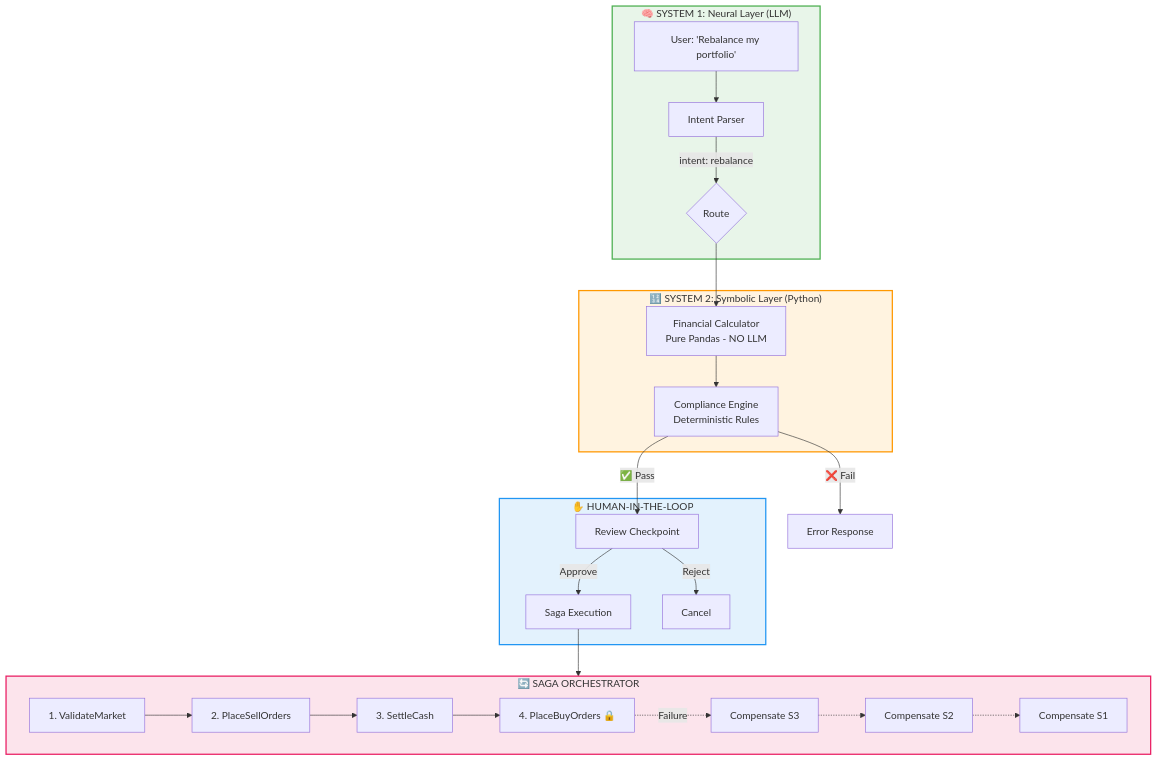
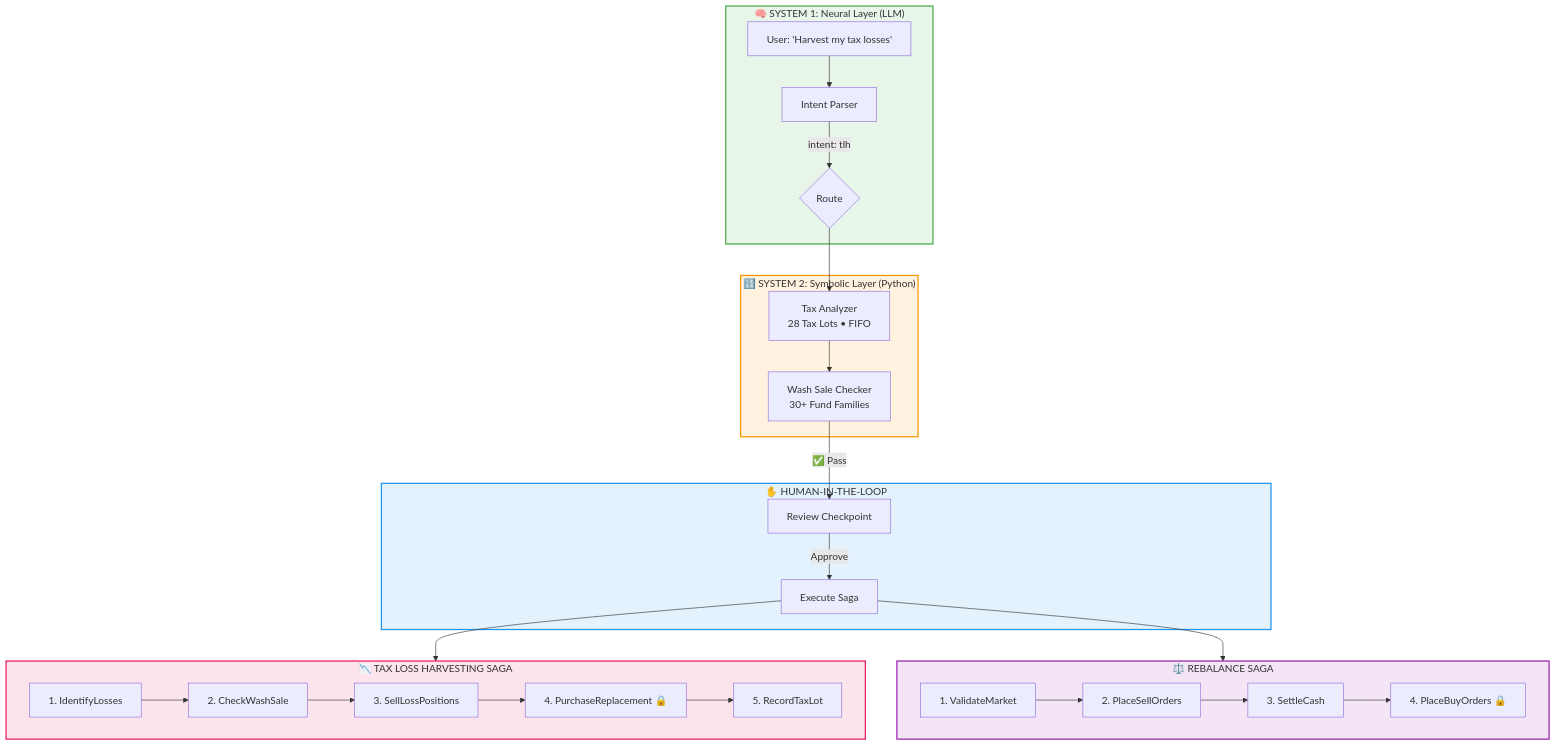
The diagram in README.md (hiteshdundi01/CyborgAdvisor), drawn with Mermaid before and after one commit. The commit also changed other lines of this file and 27 other files, not shown here.

````diff
--- a/README.md
+++ b/README.md
@@ -90,42 +96,47 @@
 ```mermaid
 flowchart TB
     subgraph Neural["🧠 SYSTEM 1: Neural Layer (LLM)"]
-        A[User: 'Rebalance my portfolio'] --> B[Intent Parser]
-        B --> |"intent: rebalance"| C{Route}
+        A["User: 'Harvest my tax losses'"] --> B[Intent Parser]
+        B --> |"intent: tlh"| C{Route}
     end
     
     subgraph Symbolic["🔢 SYSTEM 2: Symbolic Layer (Python)"]
-        D[Financial Calculator<br/>Pure Pandas - NO LLM]
-        E[Compliance Engine<br/>Deterministic Rules]
+        D["Tax Analyzer<br/>28 Tax Lots • FIFO"]
+        E["Wash Sale Checker<br/>30+ Fund Families"]
         D --> E
     end
     
-    subgraph Saga["🔄 SAGA ORCHESTRATOR"]
-        S1[1. ValidateMarket]
-        S2[2. PlaceSellOrders]
-        S3[3. SettleCash]
-        S4[4. PlaceBuyOrders 🔒]
+    subgraph TLHSaga["📉 TAX LOSS HARVESTING SAGA"]
+        T1["1. IdentifyLosses"]
+        T2["2. CheckWashSale"]
+        T3["3. SellLossPositions"]
+        T4["4. PurchaseReplacement 🔒"]
+        T5["5. RecordTaxLot"]
+        T1 --> T2 --> T3 --> T4 --> T5
+    end
+    
+    subgraph RebalanceSaga["⚖️ REBALANCE SAGA"]
+        S1["1. ValidateMarket"]
+        S2["2. PlaceSellOrders"]
+        S3["3. SettleCash"]
+        S4["4. PlaceBuyOrders 🔒"]
         S1 --> S2 --> S3 --> S4
-        S4 -.->|"Failure"| R3[Compensate S3]
-        R3 -.-> R2[Compensate S2]
-        R2 -.-> R1[Compensate S1]
     end
     
     subgraph Human["✋ HUMAN-IN-THE-LOOP"]
         F[Review Checkpoint]
-        G[Saga Execution]
-        H[Cancel]
+        G[Execute Saga]
     end
     
     C --> D
     E -->|"✅ Pass"| F
-    E -->|"❌ Fail"| I[Error Response]
     F -->|"Approve"| G
-    G --> Saga
-    F -->|"Reject"| H
+    G --> TLHSaga
+    G --> RebalanceSaga
     
     style Neural fill:#e8f5e9,stroke:#4caf50,stroke-width:2px
     style Symbolic fill:#fff3e0,stroke:#ff9800,stroke-width:2px
     style Human fill:#e3f2fd,stroke:#2196f3,stroke-width:2px
-    style Saga fill:#fce4ec,stroke:#e91e63,stroke-width:2px
+    style TLHSaga fill:#fce4ec,stroke:#e91e63,stroke-width:2px
+    style RebalanceSaga fill:#f3e5f5,stroke:#9c27b0,stroke-width:2px
 ```
````
